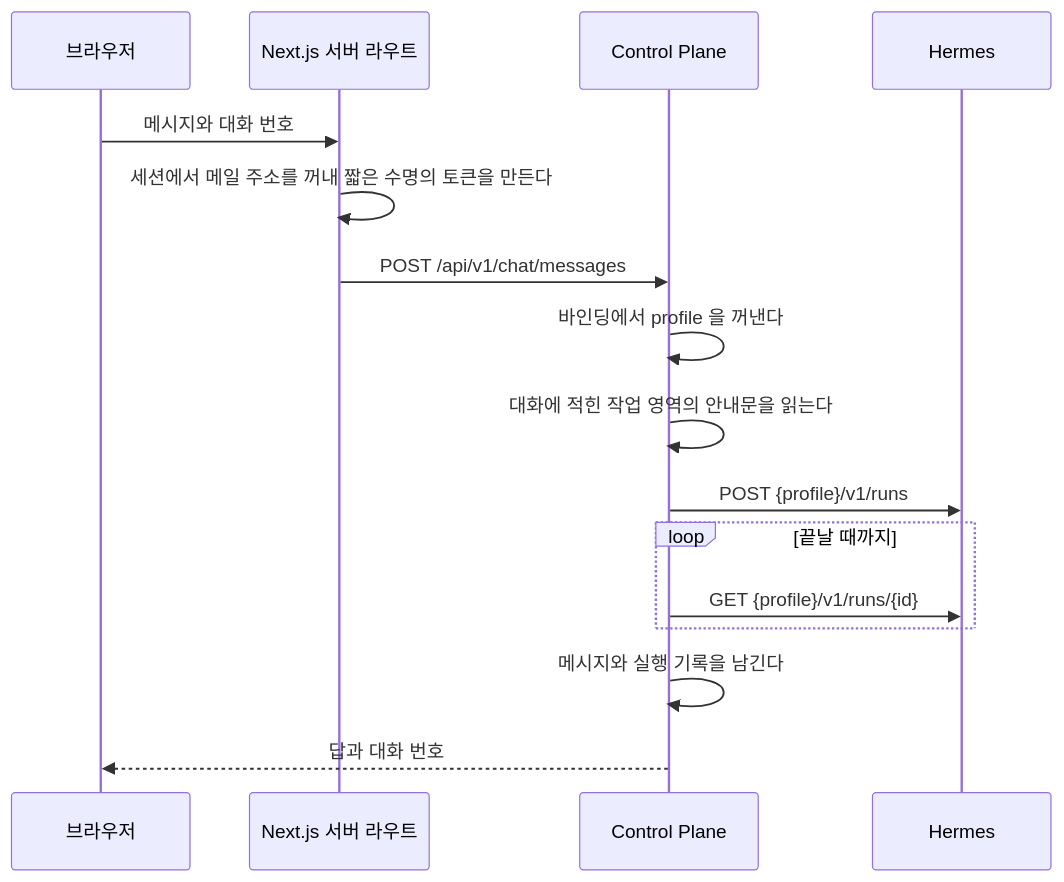
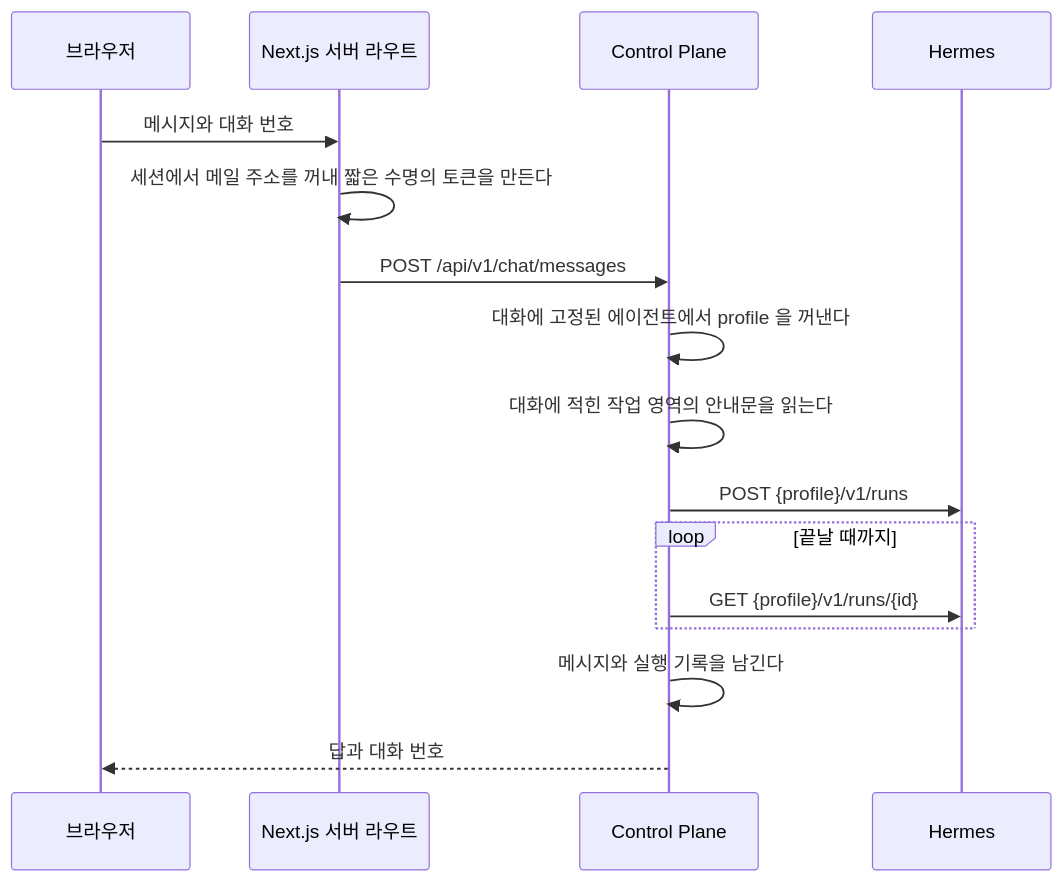
Before and after one commit to jon890/fos-assistant: the first of 2 diagrams in docs/flow.md, drawn with Mermaid. The commit also changed other lines of this file and 4 other files, not shown here.

````diff
--- a/docs/flow.md
+++ b/docs/flow.md
@@ -8,19 +8,19 @@
 ```mermaid
 sequenceDiagram
     participant B as 브라우저
     participant W as Next.js 서버 라우트
     participant C as Control Plane
     participant H as Hermes
 
     B->>W: 메시지와 대화 번호
     W->>W: 세션에서 메일 주소를 꺼내 짧은 수명의 토큰을 만든다
     W->>C: POST /api/v1/chat/messages
-    C->>C: 바인딩에서 profile 을 꺼낸다
+    C->>C: 대화에 고정된 에이전트에서 profile 을 꺼낸다
     C->>C: 대화에 적힌 작업 영역의 안내문을 읽는다
     C->>H: POST {profile}/v1/runs
     loop 끝날 때까지
         C->>H: GET {profile}/v1/runs/{id}
     end
     C->>C: 메시지와 실행 기록을 남긴다
     C-->>B: 답과 대화 번호
 ```
````
